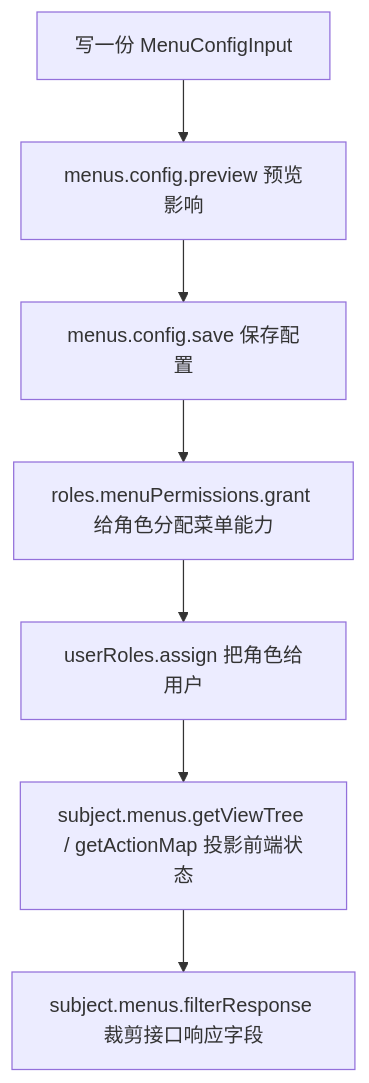
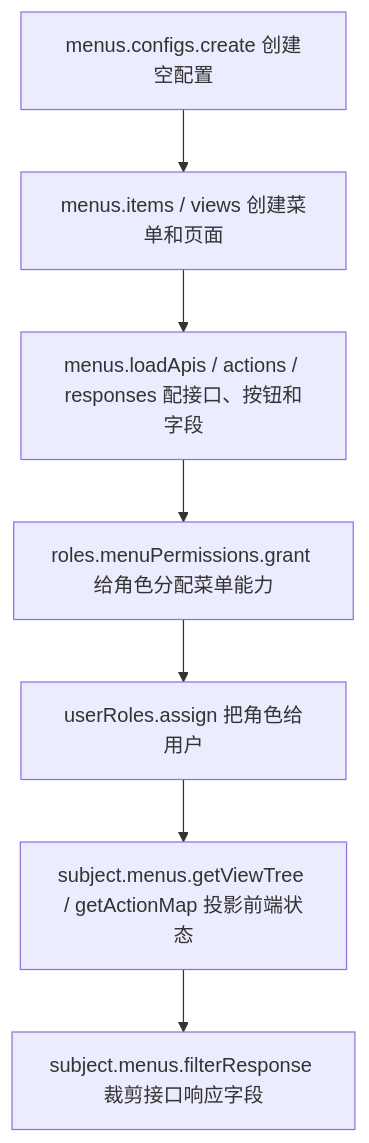
The diagram in website/docs/zh/guide/menu-management.md (vextjs/permission-core), drawn with Mermaid before and after one commit. The commit also changed other lines of this file and 27 other files, not shown here.

Commit message:
feat: add incremental menu management APIs

````diff
--- a/website/docs/zh/guide/menu-management.md
+++ b/website/docs/zh/guide/menu-management.md
@@ -7,11 +7,11 @@
 ```mermaid
 flowchart TD
   accTitle: 菜单配置生命周期
-  accDescr: MenuConfigInput 经过预览和保存后，角色菜单授权分配其中能力，用户绑定角色后，subject runtime 投影前端状态和响应字段。
-  A["写一份 MenuConfigInput"] --> B["menus.config.preview 预览影响"]
-  B --> C["menus.config.save 保存配置"]
+  accDescr: 管理端逐项创建配置、菜单、页面、接口和响应字段后，角色菜单授权分配其中能力，用户绑定角色后，subject runtime 投影前端状态和响应字段。
+  A["menus.configs.create 创建空配置"] --> B["menus.items / views 创建菜单和页面"]
+  B --> C["menus.loadApis / actions / responses 配接口、按钮和字段"]
   C --> D["roles.menuPermissions.grant 给角色分配菜单能力"]
   D --> E["userRoles.assign 把角色给用户"]
   E --> F["subject.menus.getViewTree / getActionMap 投影前端状态"]
   F --> G["subject.menus.filterResponse 裁剪接口响应字段"]
 ```
````
